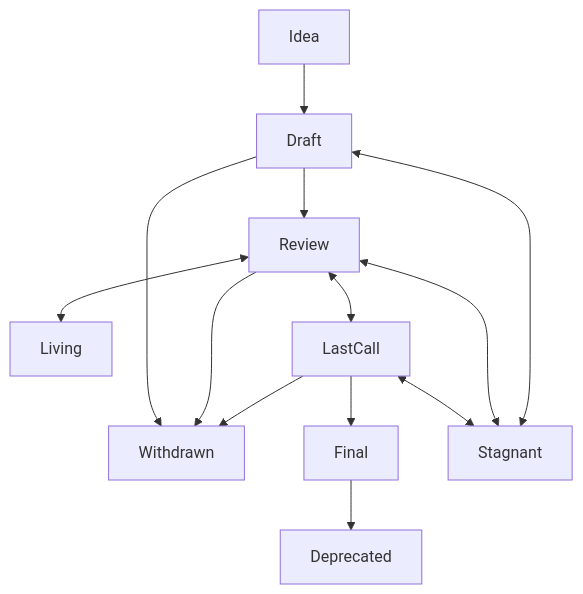
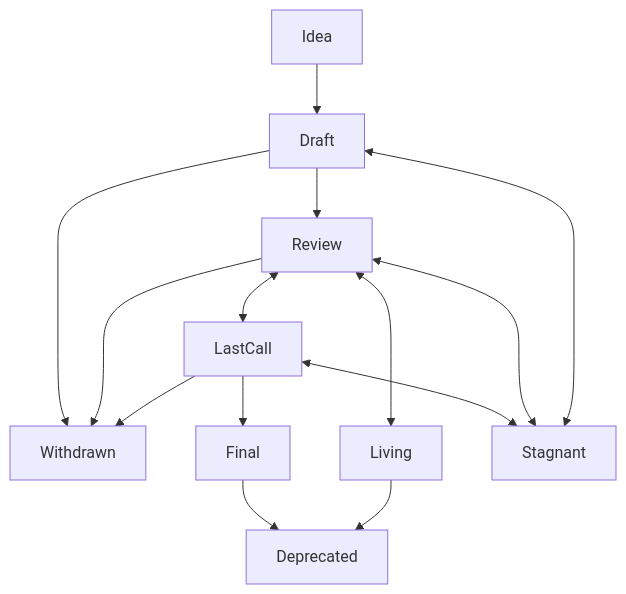
One commit to decentraland/adr changed the diagram in content/ADR-1-adr-process.md. Above: the diagram before and after it, drawn with Mermaid. The commit also changed 2 other files, not shown here.

Commit message:
Fixing graph

````diff
--- a/content/ADR-1-adr-process.md
+++ b/content/ADR-1-adr-process.md
@@ -48,20 +48,21 @@
 ```mermaid
 flowchart TB
     Draft --> Withdrawn
     Idea --> Draft
 
     Draft --> Review
     Review <--> Living
     Review <--> LastCall
     LastCall --> Final
 
     Review --> Withdrawn
     LastCall --> Withdrawn
 
     LastCall <--> Stagnant
     Review <--> Stagnant
     Draft <--> Stagnant
 
     Final --> Deprecated
+    Living --> Deprecated
 
 ```
````
